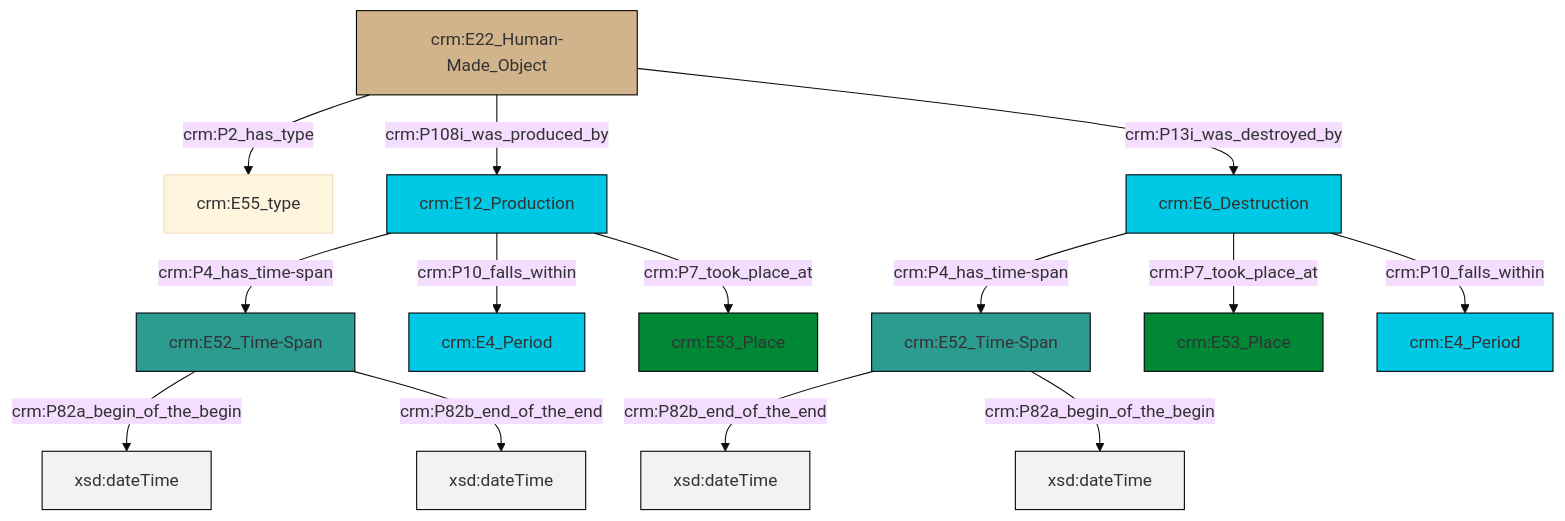
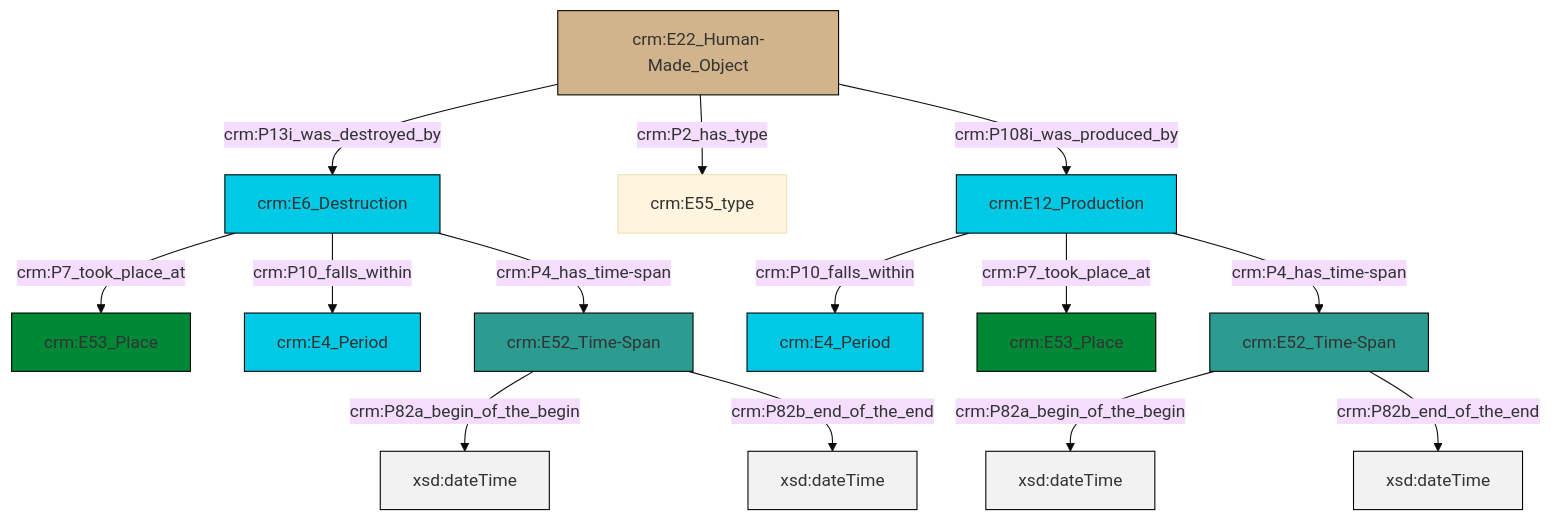
One commit to swiss-art-research-net/reference-data-models changed the diagram in et/builtWorkCSV/ttl/mmd/Built_Work_existence.ttl.mmd. Above: the diagram before and after it, drawn with Mermaid (base theme). The commit also changed 125 other files, not shown here.

```diff
--- a/et/builtWorkCSV/ttl/mmd/Built_Work_existence.ttl.mmd
+++ b/et/builtWorkCSV/ttl/mmd/Built_Work_existence.ttl.mmd
@@ -1,28 +1,28 @@
 graph TD
 classDef Literal fill:#f2f2f2,stroke:#000000;
 classDef CRM_Entity fill:#FFFFFF,stroke:#000000;
 classDef Temporal_Entity fill:#00C9E6, stroke:#000000;
 classDef Type fill:#E18312, stroke:#000000;
 classDef Time-Span fill:#2C9C91, stroke:#000000;
 classDef Appellation fill:#FFEB7F, stroke:#000000;
 classDef Place fill:#008836, stroke:#000000;
 classDef Persistent_Item fill:#B266B2, stroke:#000000;
 classDef Conceptual_Object fill:#FFD700, stroke:#000000;
 classDef Physical_Thing fill:#D2B48C, stroke:#000000;
 classDef Actor fill:#f58aad, stroke:#000000;
 classDef PC_Classes fill:#4ce600, stroke:#000000;
 classDef Multi fill:#cccccc,stroke:#000000;
 
+0["crm:E52_Time-Span"]:::Time-Span -->|crm:P82a_begin_of_the_begin| 1[xsd:dateTime]:::Literal
 2["crm:E52_Time-Span"]:::Time-Span -->|crm:P82a_begin_of_the_begin| 3[xsd:dateTime]:::Literal
-8["crm:E6_Destruction"]:::Temporal_Entity -->|crm:P4_has_time-span| 11["crm:E52_Time-Span"]:::Time-Span
-11["crm:E52_Time-Span"]:::Time-Span -->|crm:P82b_end_of_the_end| 12[xsd:dateTime]:::Literal
-8["crm:E6_Destruction"]:::Temporal_Entity -->|crm:P7_took_place_at| 4["crm:E53_Place"]:::Place
-0["crm:E12_Production"]:::Temporal_Entity -->|crm:P4_has_time-span| 2["crm:E52_Time-Span"]:::Time-Span
-2["crm:E52_Time-Span"]:::Time-Span -->|crm:P82b_end_of_the_end| 18[xsd:dateTime]:::Literal
-19["crm:E22_Human-Made_Object"]:::Physical_Thing -->|crm:P2_has_type| 21["crm:E55_type"]:::Default
-11["crm:E52_Time-Span"]:::Time-Span -->|crm:P82a_begin_of_the_begin| 22[xsd:dateTime]:::Literal
-19["crm:E22_Human-Made_Object"]:::Physical_Thing -->|crm:P108i_was_produced_by| 0["crm:E12_Production"]:::Temporal_Entity
-0["crm:E12_Production"]:::Temporal_Entity -->|crm:P10_falls_within| 13["crm:E4_Period"]:::Temporal_Entity
-8["crm:E6_Destruction"]:::Temporal_Entity -->|crm:P10_falls_within| 16["crm:E4_Period"]:::Temporal_Entity
-19["crm:E22_Human-Made_Object"]:::Physical_Thing -->|crm:P13i_was_destroyed_by| 8["crm:E6_Destruction"]:::Temporal_Entity
-0["crm:E12_Production"]:::Temporal_Entity -->|crm:P7_took_place_at| 6["crm:E53_Place"]:::Place
+0["crm:E52_Time-Span"]:::Time-Span -->|crm:P82b_end_of_the_end| 4[xsd:dateTime]:::Literal
+2["crm:E52_Time-Span"]:::Time-Span -->|crm:P82b_end_of_the_end| 5[xsd:dateTime]:::Literal
+6["crm:E12_Production"]:::Temporal_Entity -->|crm:P10_falls_within| 7["crm:E4_Period"]:::Temporal_Entity
+12["crm:E6_Destruction"]:::Temporal_Entity -->|crm:P7_took_place_at| 13["crm:E53_Place"]:::Place
+14["crm:E22_Human-Made_Object"]:::Physical_Thing -->|crm:P13i_was_destroyed_by| 12["crm:E6_Destruction"]:::Temporal_Entity
+14["crm:E22_Human-Made_Object"]:::Physical_Thing -->|crm:P2_has_type| 10["crm:E55_type"]:::Default
+12["crm:E6_Destruction"]:::Temporal_Entity -->|crm:P10_falls_within| 18["crm:E4_Period"]:::Temporal_Entity
+14["crm:E22_Human-Made_Object"]:::Physical_Thing -->|crm:P108i_was_produced_by| 6["crm:E12_Production"]:::Temporal_Entity
+6["crm:E12_Production"]:::Temporal_Entity -->|crm:P7_took_place_at| 16["crm:E53_Place"]:::Place
+12["crm:E6_Destruction"]:::Temporal_Entity -->|crm:P4_has_time-span| 2["crm:E52_Time-Span"]:::Time-Span
+6["crm:E12_Production"]:::Temporal_Entity -->|crm:P4_has_time-span| 0["crm:E52_Time-Span"]:::Time-Span
```
